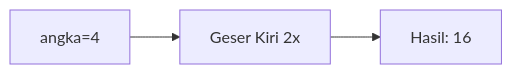
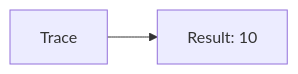
Before and after one commit to amnahwaida/OSNK_INF_PREP: the third of 25 diagrams in part-c-pemahaman-cpp/06-bitwise/latihan/set-04.md, drawn with Mermaid. The commit also changed other lines of this file and 71 other files, not shown here.

````diff
--- a/part-c-pemahaman-cpp/06-bitwise/latihan/set-04.md
+++ b/part-c-pemahaman-cpp/06-bitwise/latihan/set-04.md
@@ -104,5 +64,4 @@
 ```mermaid
 graph LR
-A["angka=4"] --> B["Geser Kiri 2x"]
-B --> C["Hasil: 16"]
+A[Trace] --> B[Result: 10]
 ```
````
